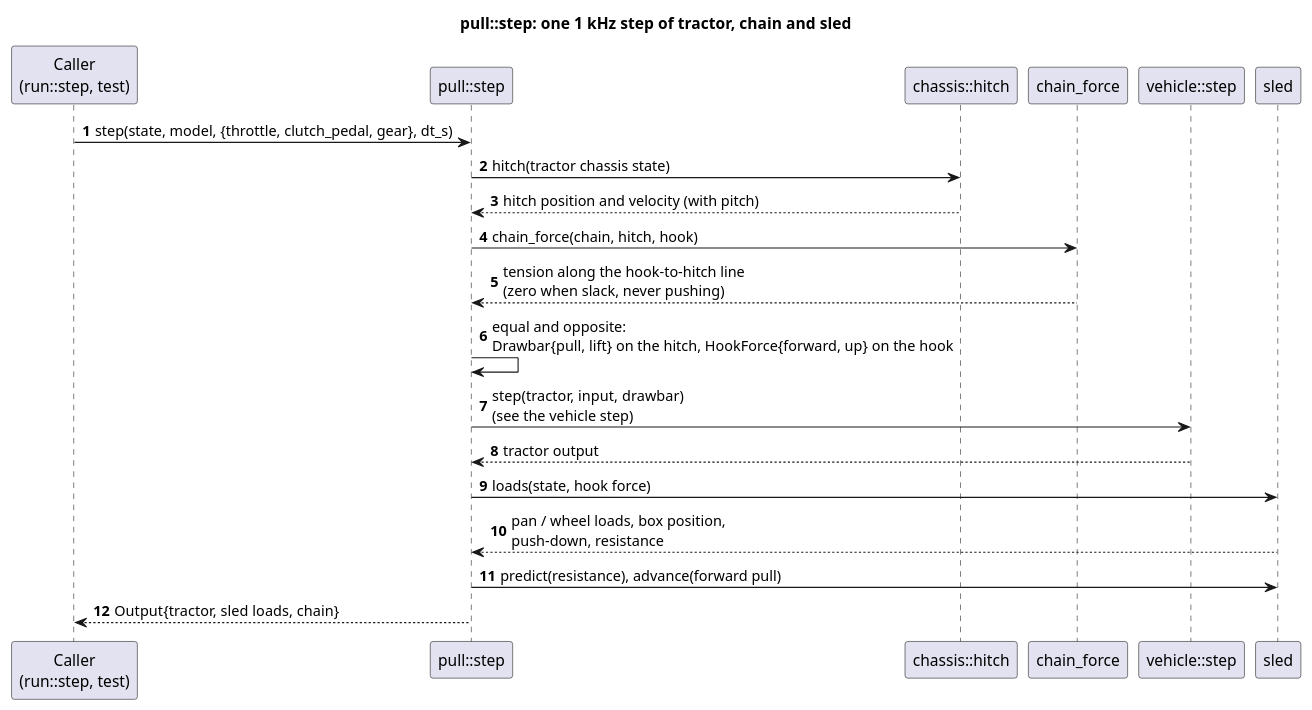
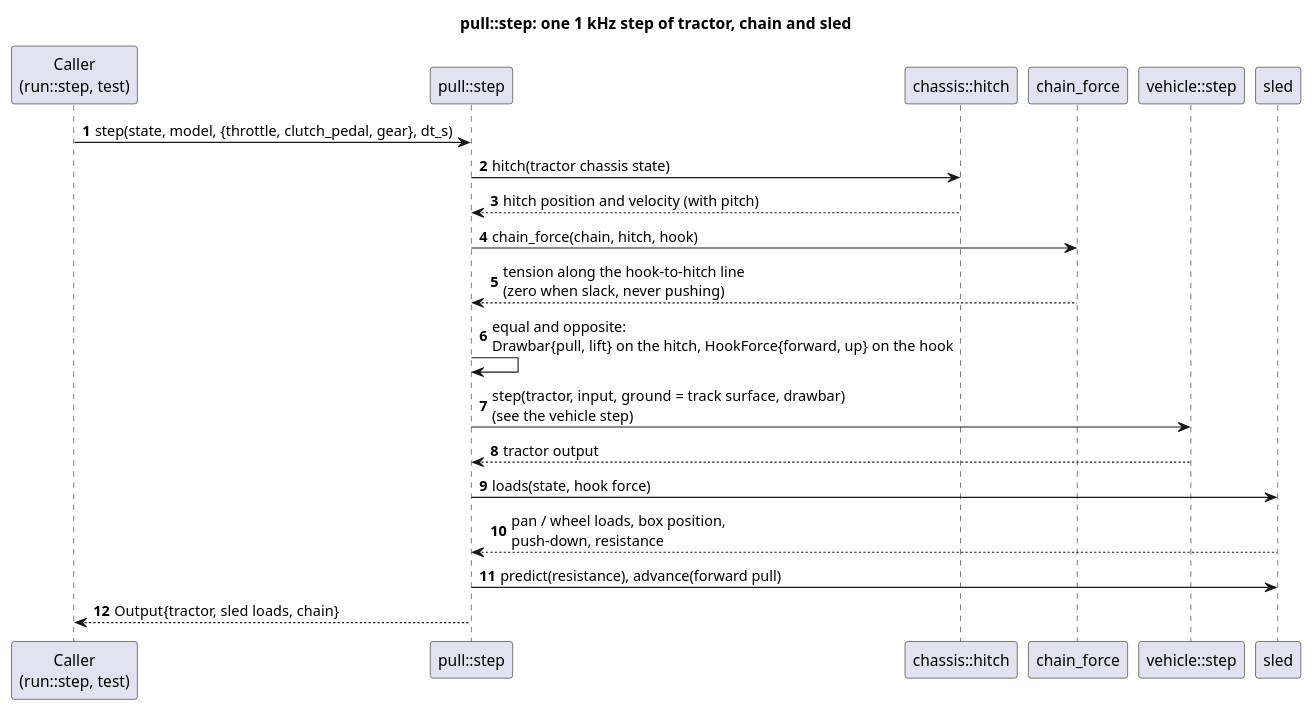
The diagram in docs/diagrams/pull_step_sequence.puml (wversteeg/TractorPulling), drawn with PlantUML before and after one commit. The commit also changed 52 other files, not shown here.

```diff
--- a/docs/diagrams/pull_step_sequence.puml
+++ b/docs/diagrams/pull_step_sequence.puml
@@ -1,23 +1,23 @@
 @startuml pull_step_sequence
 title pull::step: one 1 kHz step of tractor, chain and sled
 autonumber
 participant "Caller\n(run::step, test)" as Caller
 participant "pull::step" as Step
 participant "chassis::hitch" as Hitch
 participant "chain_force" as Chain
 participant "vehicle::step" as Vehicle
 participant "sled" as Sled
 
 Caller -> Step : step(state, model, {throttle, clutch_pedal, gear}, dt_s)
 Step -> Hitch : hitch(tractor chassis state)
 Hitch --> Step : hitch position and velocity (with pitch)
 Step -> Chain : chain_force(chain, hitch, hook)
 Chain --> Step : tension along the hook-to-hitch line\n(zero when slack, never pushing)
 Step -> Step : equal and opposite:\nDrawbar{pull, lift} on the hitch, HookForce{forward, up} on the hook
-Step -> Vehicle : step(tractor, input, drawbar)\n(see the vehicle step)
+Step -> Vehicle : step(tractor, input, ground = track surface, drawbar)\n(see the vehicle step)
 Vehicle --> Step : tractor output
 Step -> Sled : loads(state, hook force)
 Sled --> Step : pan / wheel loads, box position,\npush-down, resistance
 Step -> Sled : predict(resistance), advance(forward pull)
 Step --> Caller : Output{tractor, sled loads, chain}
 @enduml
```
